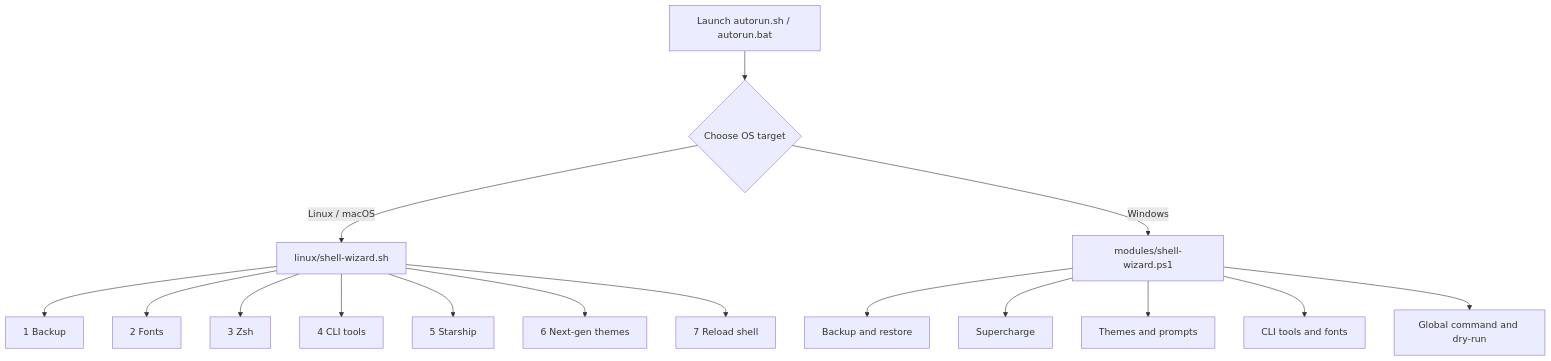
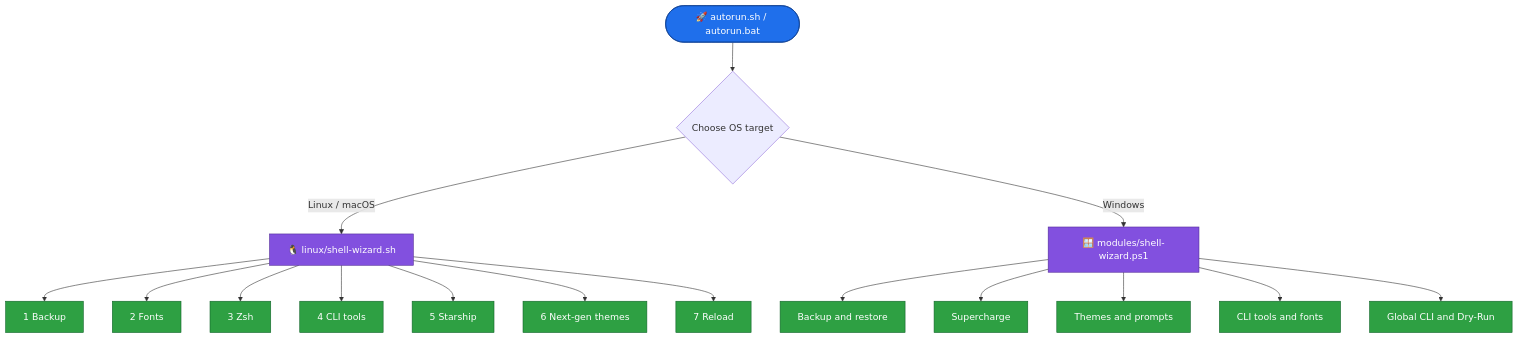
The first of 3 diagrams in README.md (ali4210/Shell_Wizard), drawn with Mermaid before and after one commit. The commit also changed other lines of this file, not shown here.

````diff
--- a/README.md
+++ b/README.md
@@ -237,18 +316,27 @@
 ```mermaid
 flowchart TD
-    A[Launch autorun.sh / autorun.bat] --> B{Choose OS target}
-    B -->|Linux / macOS| C[linux/shell-wizard.sh]
-    B -->|Windows| D[modules/shell-wizard.ps1]
-    C --> M1[1 Backup]
-    C --> M2[2 Fonts]
-    C --> M3[3 Zsh]
-    C --> M4[4 CLI tools]
-    C --> M5[5 Starship]
-    C --> M6[6 Next-gen themes]
-    C --> M7[7 Reload shell]
-    D --> W1[Backup and restore]
-    D --> W2[Supercharge]
-    D --> W3[Themes and prompts]
-    D --> W4[CLI tools and fonts]
-    D --> W5[Global command and dry-run]
+    A(["🚀 autorun.sh / autorun.bat"]) --> B{"Choose OS target"}
+    B -- "Linux / macOS" --> C["🐧 linux/shell-wizard.sh"]
+    B -- "Windows" --> D["🪟 modules/shell-wizard.ps1"]
+
+    C --> M1["1 Backup"]
+    C --> M2["2 Fonts"]
+    C --> M3["3 Zsh"]
+    C --> M4["4 CLI tools"]
+    C --> M5["5 Starship"]
+    C --> M6["6 Next-gen themes"]
+    C --> M7["7 Reload"]
+
+    D --> W1["Backup and restore"]
+    D --> W2["Supercharge"]
+    D --> W3["Themes and prompts"]
+    D --> W4["CLI tools and fonts"]
+    D --> W5["Global CLI and Dry-Run"]
+
+    classDef start fill:#1f6feb,color:#ffffff,stroke:#0b3d91;
+    classDef eng fill:#8250df,color:#ffffff,stroke:#512a97;
+    classDef mod fill:#2ea043,color:#ffffff,stroke:#116329;
+    class A start;
+    class C,D eng;
+    class M1,M2,M3,M4,M5,M6,M7,W1,W2,W3,W4,W5 mod;
 ```
````
